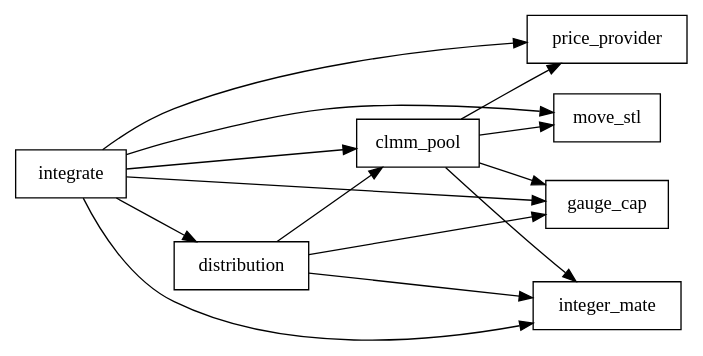
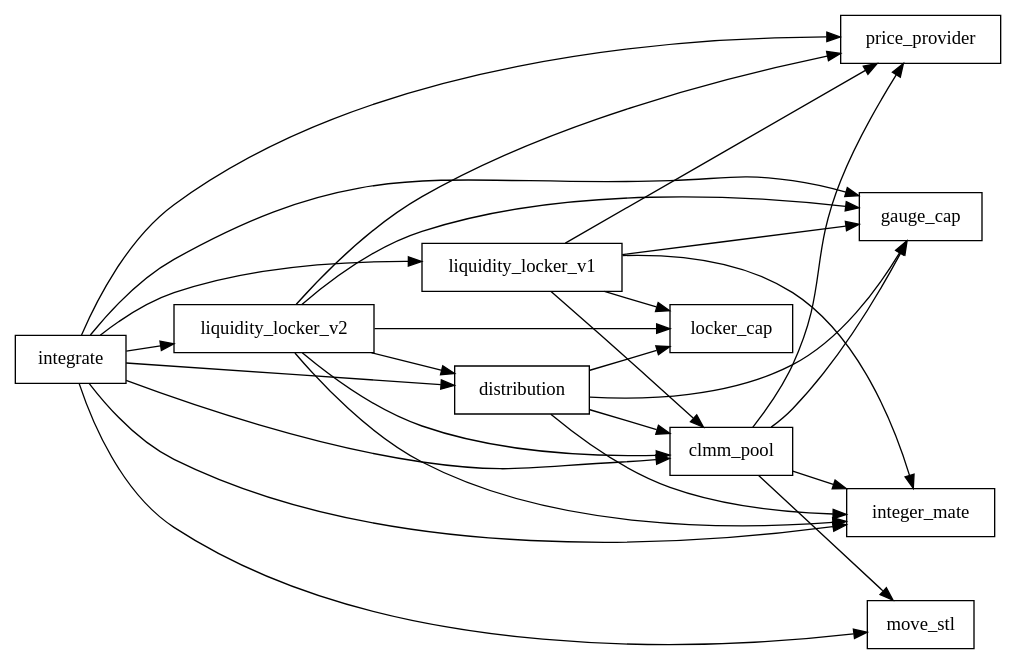
The diagram in dependency_graph.dot (LFBuild/FullSail-SC), drawn with Graphviz before and after one commit. The commit also changed 61 other files, not shown here.

```diff
--- a/dependency_graph.dot
+++ b/dependency_graph.dot
@@ -1,26 +1,45 @@
 digraph Dependencies {
     rankdir=LR;
     node [shape=box];
 
     // Nodes with no incoming dependencies
     "integrate";
 
     // Dependency relationships:
     "clmm_pool"    -> "price_provider"
     "integrate"    -> "price_provider"
+
+    "integrate"    -> "liquidity_locker_v1"
+    "integrate"    -> "liquidity_locker_v2"
+
+    "liquidity_locker_v1" -> "clmm_pool"
+    "liquidity_locker_v1" -> "integer_mate"
+    "liquidity_locker_v1" -> "price_provider"
+    "liquidity_locker_v1" -> "gauge_cap"
+    "liquidity_locker_v1" -> "locker_cap"
+
+
+    "liquidity_locker_v2" -> "clmm_pool"
+    "liquidity_locker_v2" -> "integer_mate"
+    "liquidity_locker_v2" -> "price_provider"
+    "liquidity_locker_v2" -> "gauge_cap"
+    "liquidity_locker_v2" -> "distribution"
+    "liquidity_locker_v2" -> "locker_cap"
+
 
     "distribution" -> "clmm_pool";
     "integrate"    -> "clmm_pool";
     "integrate"    -> "distribution";
 
     "clmm_pool"    -> "move_stl";
     "integrate"    -> "move_stl";
 
     "clmm_pool"    -> "integer_mate";
     "integrate"    -> "integer_mate";
     "distribution"  -> "integer_mate";
 
     "clmm_pool"    -> "gauge_cap";
     "distribution" -> "gauge_cap";
     "integrate"    -> "gauge_cap";
+    "distribution" -> "locker_cap"
 }
```
